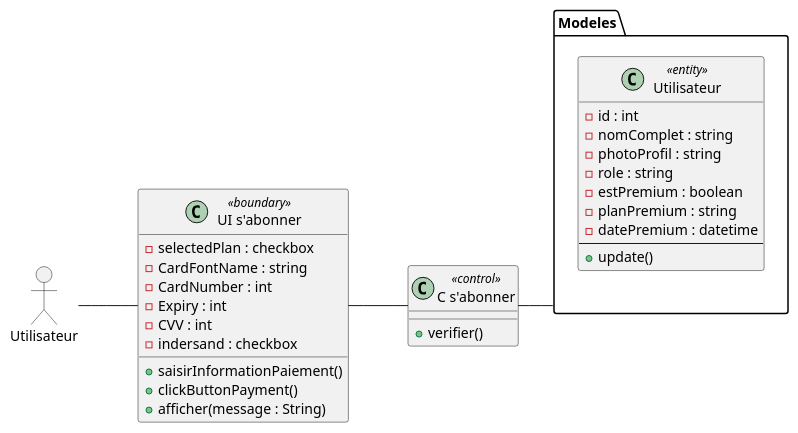
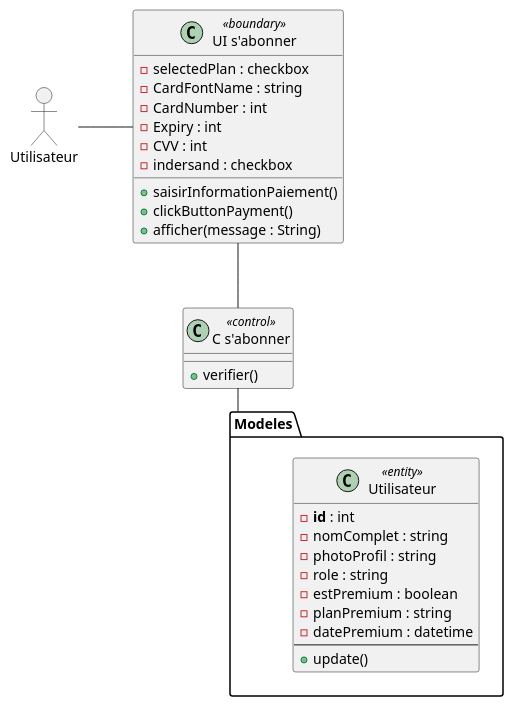
One commit to benslimenmohamedaziz3-bot/diagrammes changed the diagram in Desktop/rapport/classe/sabonner.puml. Above: the diagram before and after it, drawn with PlantUML. The commit also changed 19 other files, not shown here.

```diff
--- a/Desktop/rapport/classe/sabonner.puml
+++ b/Desktop/rapport/classe/sabonner.puml
@@ -1,40 +1,45 @@
 @startuml
 allowmixing
-left to right direction
+top to bottom direction
+skinparam shadowing false
+skinparam linetype ortho
+skinparam nodesep 55
+skinparam ranksep 65
 
 actor "Utilisateur" as Utilisateur
 
 class "UI s'abonner" as UIAbonner <<boundary>> {
   - selectedPlan : checkbox
   -CardFontName : string
   -CardNumber : int
   -Expiry : int
-  -CVV : int 
+  -CVV : int
   - indersand : checkbox
   + saisirInformationPaiement()
   + clickButtonPayment()
   + afficher(message : String)
 }
 
 class "C s'abonner" as CAbonner <<control>> {
   + verifier()
 }
+
 package "Modeles" {
 class "Utilisateur" as UtilisateurModel <<entity>> {
-  -id : int
+  -<b>id</b> : int
   -nomComplet : string
   -photoProfil : string
   -role : string
   -estPremium : boolean
   -planPremium : string
   -datePremium : datetime
   --
   + update()
 }
 }
-Utilisateur -- UIAbonner
-UIAbonner -- CAbonner
-CAbonner -- Modeles
 
+Utilisateur -right- UIAbonner
+UIAbonner -down- CAbonner
+CAbonner -down- Modeles
 
 @enduml
```
